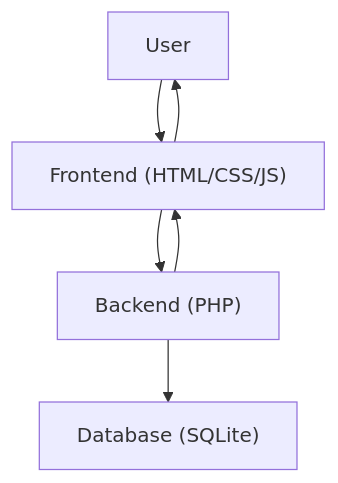
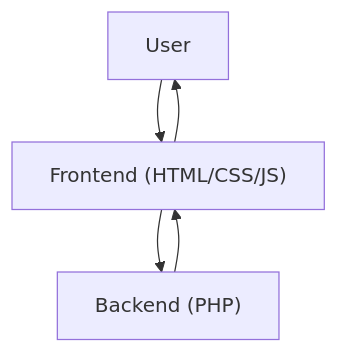
Before and after one commit to Manavarya09/Tendercare-website: the diagram in README.md, drawn with Mermaid.

````diff
--- a/README.md
+++ b/README.md
@@ -5,13 +5,11 @@
 ```mermaid
 flowchart TD
   User["User"]
   Frontend["Frontend (HTML/CSS/JS)"]
   Backend["Backend (PHP)"]
-  Database["Database (SQLite)"]
 
   User --> Frontend
   Frontend --> Backend
-  Backend --> Database
   Backend --> Frontend
   Frontend --> User
 ```
````
